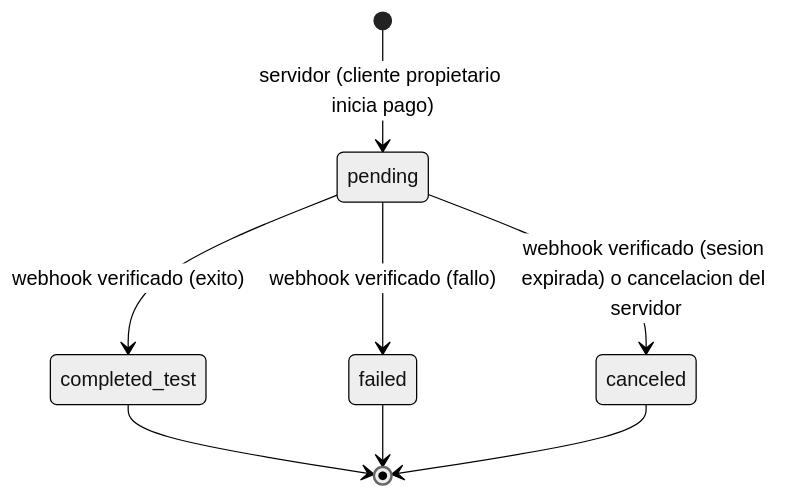
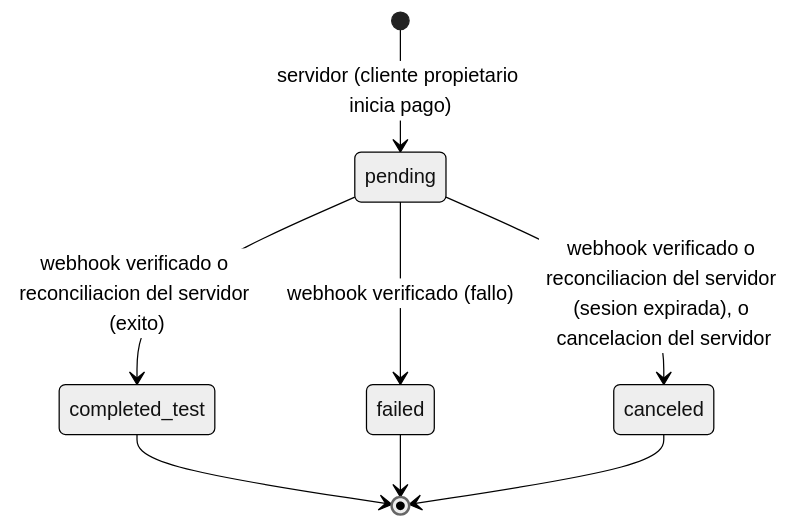
The third of 5 diagrams in docs/architecture/state-machines.md (haroldmip89-sys/nexora-app), drawn with Mermaid (neutral theme) before and after one commit. The commit also changed other lines of this file and 165 other files, not shown here.

First line of the commit message:
feat: add rating schema and validation tests

````diff
--- a/docs/architecture/state-machines.md
+++ b/docs/architecture/state-machines.md
@@ -98,10 +98,10 @@
 ```mermaid
 stateDiagram-v2
     [*] --> pending: servidor (cliente propietario inicia pago)
-    pending --> completed_test: webhook verificado (exito)
+    pending --> completed_test: webhook verificado o reconciliacion del servidor (exito)
     pending --> failed: webhook verificado (fallo)
-    pending --> canceled: webhook verificado (sesion expirada) o cancelacion del servidor
+    pending --> canceled: webhook verificado o reconciliacion del servidor (sesion expirada), o cancelacion del servidor
     completed_test --> [*]
     failed --> [*]
     canceled --> [*]
 ```
````
